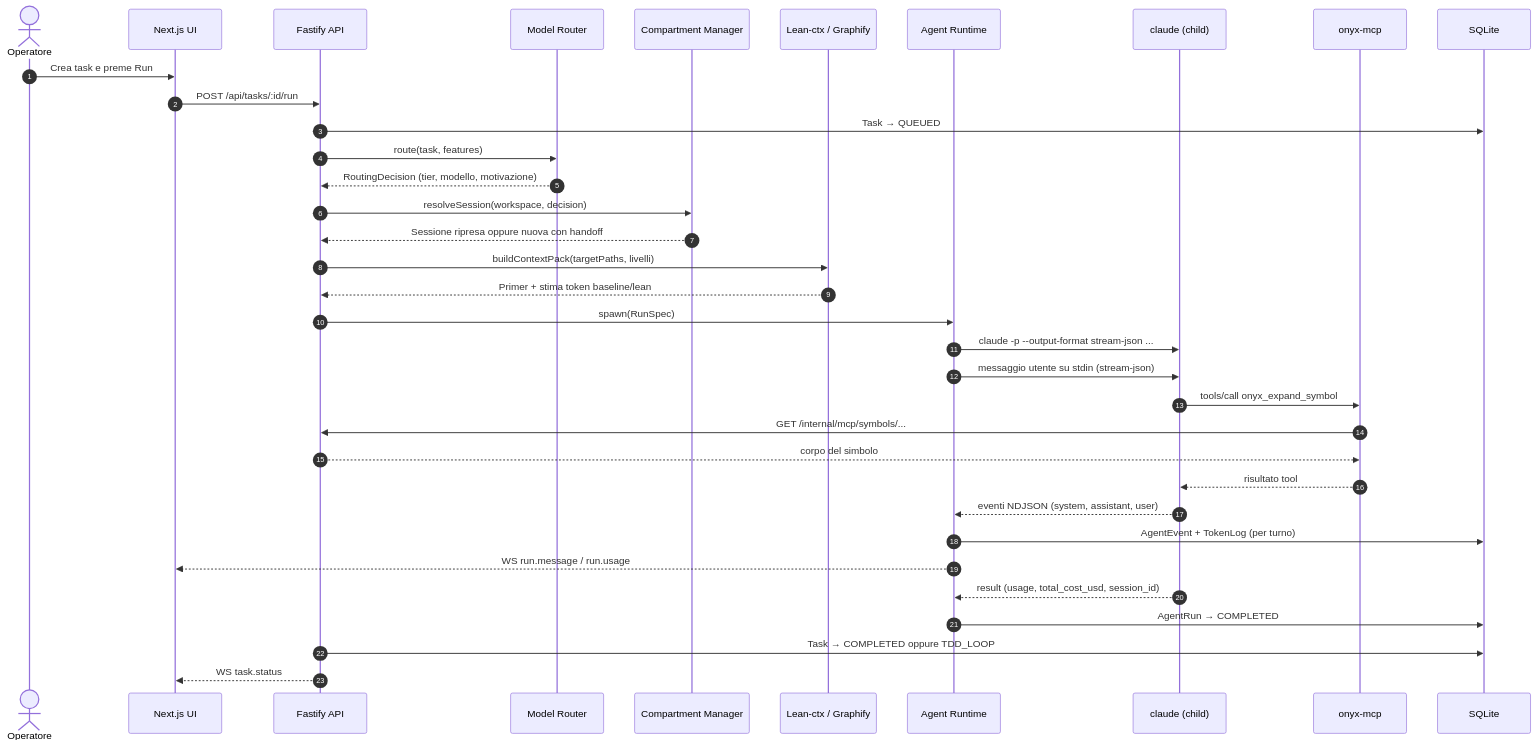
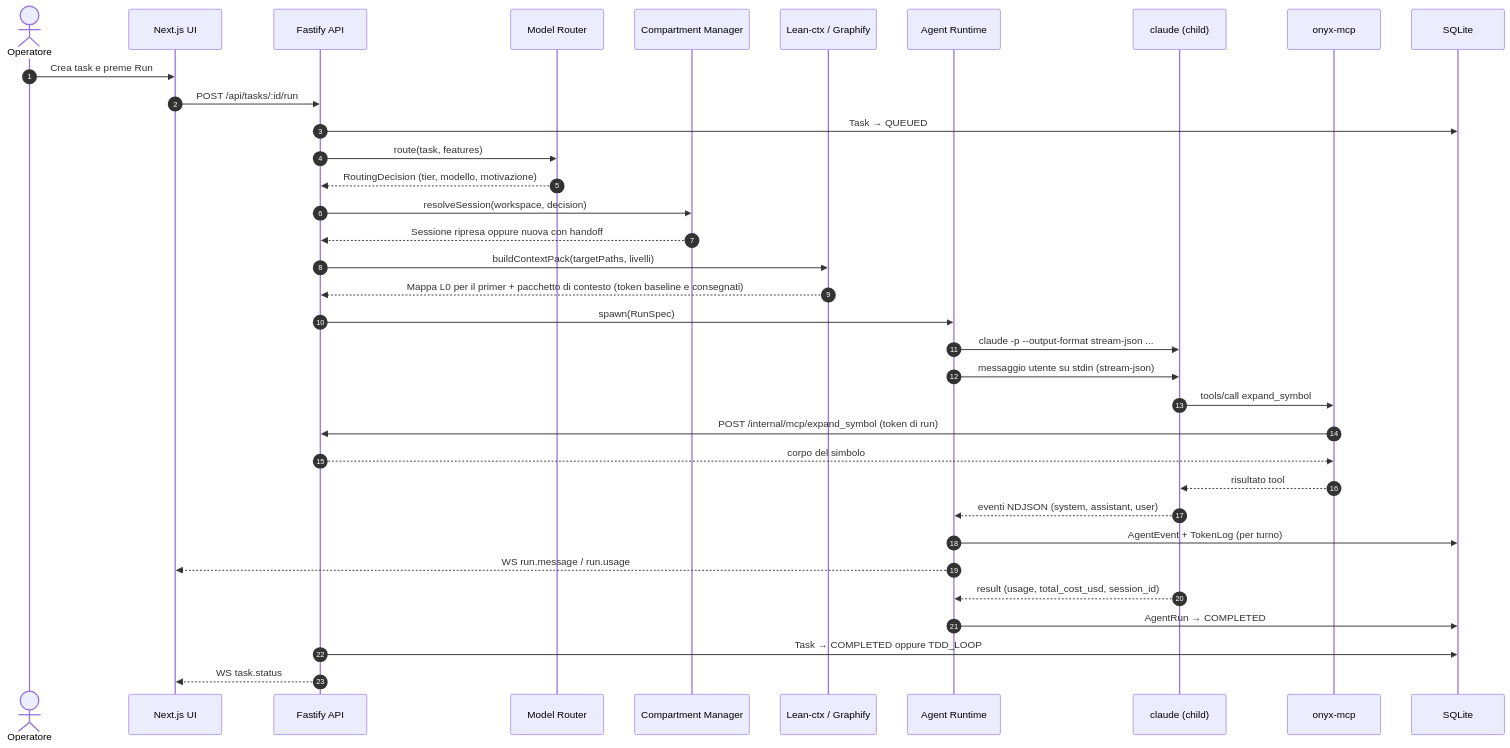
The third of 9 diagrams in architecture.md (Angrido/Onyx), drawn with Mermaid before and after one commit. The commit also changed other lines of this file and 6 other files, not shown here.

````diff
--- a/architecture.md
+++ b/architecture.md
@@ -328,37 +330,37 @@
 ```mermaid
 sequenceDiagram
   autonumber
   actor U as Operatore
   participant W as Next.js UI
   participant A as Fastify API
   participant R as Model Router
   participant C as Compartment Manager
   participant L as Lean-ctx / Graphify
   participant P as Agent Runtime
   participant CL as claude (child)
   participant M as onyx-mcp
   participant DB as SQLite
   U->>W: Crea task e preme Run
   W->>A: POST /api/tasks/:id/run
   A->>DB: Task → QUEUED
   A->>R: route(task, features)
   R-->>A: RoutingDecision (tier, modello, motivazione)
   A->>C: resolveSession(workspace, decision)
   C-->>A: Sessione ripresa oppure nuova con handoff
   A->>L: buildContextPack(targetPaths, livelli)
-  L-->>A: Primer + stima token baseline/lean
+  L-->>A: Mappa L0 per il primer + pacchetto di contesto (token baseline e consegnati)
   A->>P: spawn(RunSpec)
   P->>CL: claude -p --output-format stream-json ...
   P->>CL: messaggio utente su stdin (stream-json)
-  CL->>M: tools/call onyx_expand_symbol
-  M->>A: GET /internal/mcp/symbols/...
+  CL->>M: tools/call expand_symbol
+  M->>A: POST /internal/mcp/expand_symbol (token di run)
   A-->>M: corpo del simbolo
   M-->>CL: risultato tool
   CL-->>P: eventi NDJSON (system, assistant, user)
   P->>DB: AgentEvent + TokenLog (per turno)
   P-->>W: WS run.message / run.usage
   CL-->>P: result (usage, total_cost_usd, session_id)
   P->>DB: AgentRun → COMPLETED
   A->>DB: Task → COMPLETED oppure TDD_LOOP
   A-->>W: WS task.status
 ```
````
